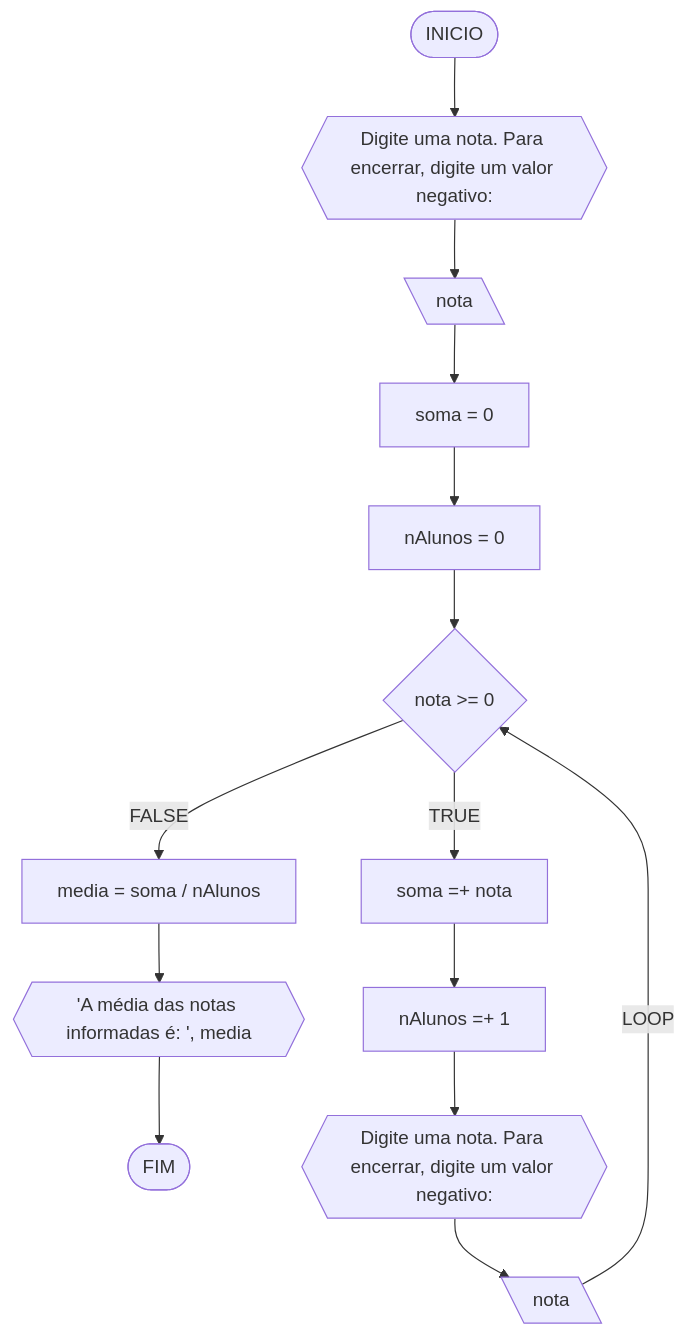
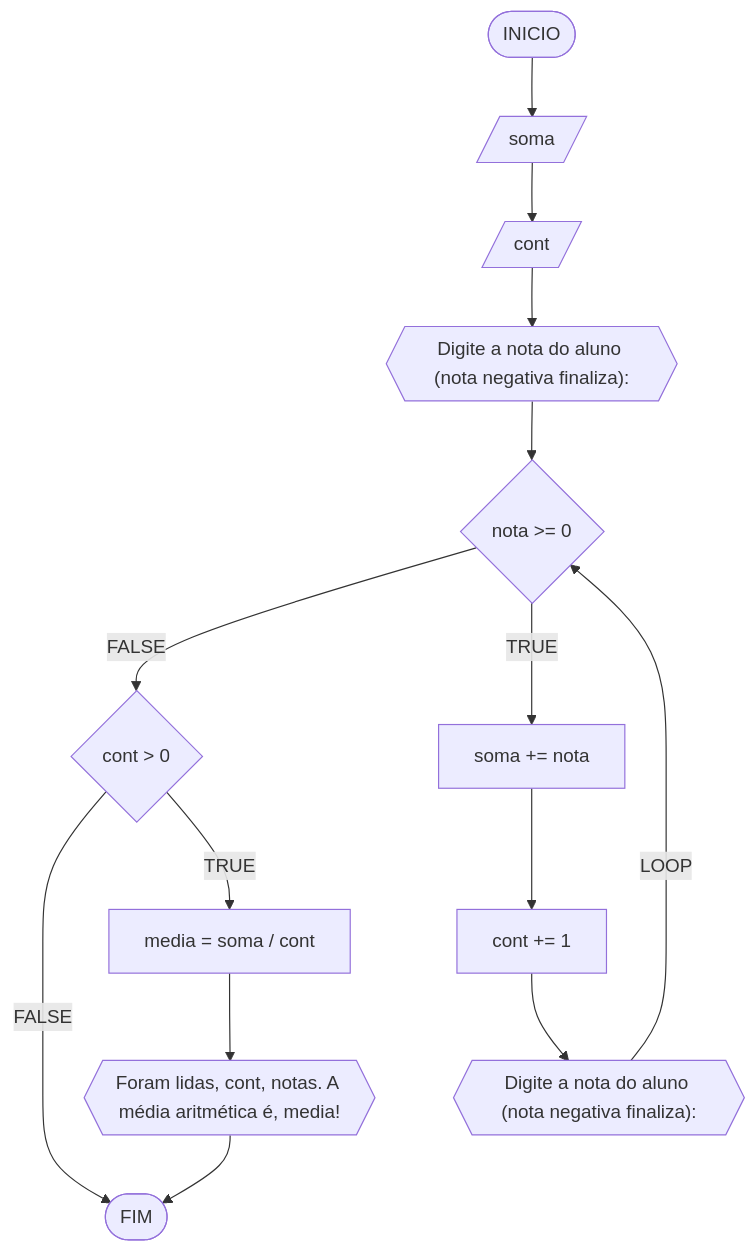
The seventh of 7 diagrams in RLA/AV1/Lista3_AV1.md (eryckmike/Unifor), drawn with Mermaid before and after one commit. The commit also changed other lines of this file, not shown here.

````diff
--- a/RLA/AV1/Lista3_AV1.md
+++ b/RLA/AV1/Lista3_AV1.md
@@ -140,16 +350,16 @@
 ```mermaid
 flowchart TD
-A([INICIO]) --> B{{Digite uma nota. Para encerrar, digite um valor negativo: }}
-B --> C[\nota\]
-C --> D[soma = 0]
-D --> E[nAlunos = 0]
-E --> F{nota >= 0}
-F --FALSE--> K[media = soma / nAlunos]
-K --> L{{'A média das notas informadas é: ', media}}
-L --> M([FIM])
-F --TRUE--> G[soma =+ nota]
-G --> H[nAlunos =+ 1]
-H --> I{{Digite uma nota. Para encerrar, digite um valor negativo: }}
-I --> J[\nota\]
-J --LOOP--> F
+A([INICIO]) --> B[/soma/]
+B --> C[/cont/]
+C --> D{{"Digite a nota do aluno (nota negativa finaliza): "}}
+D --> E{nota >= 0}
+E --FALSE--> F{cont > 0}
+F --FALSE--> Z([FIM]) 
+F --TRUE--> G[media = soma / cont]
+G --> H{{Foram lidas, cont, notas. A média aritmética é, media!}}
+H --> Z
+E --TRUE--> I[soma += nota]
+I --> J[cont += 1]
+J --> K{{"Digite a nota do aluno (nota negativa finaliza): "}}
+K --LOOP-->  E
 ```
````
